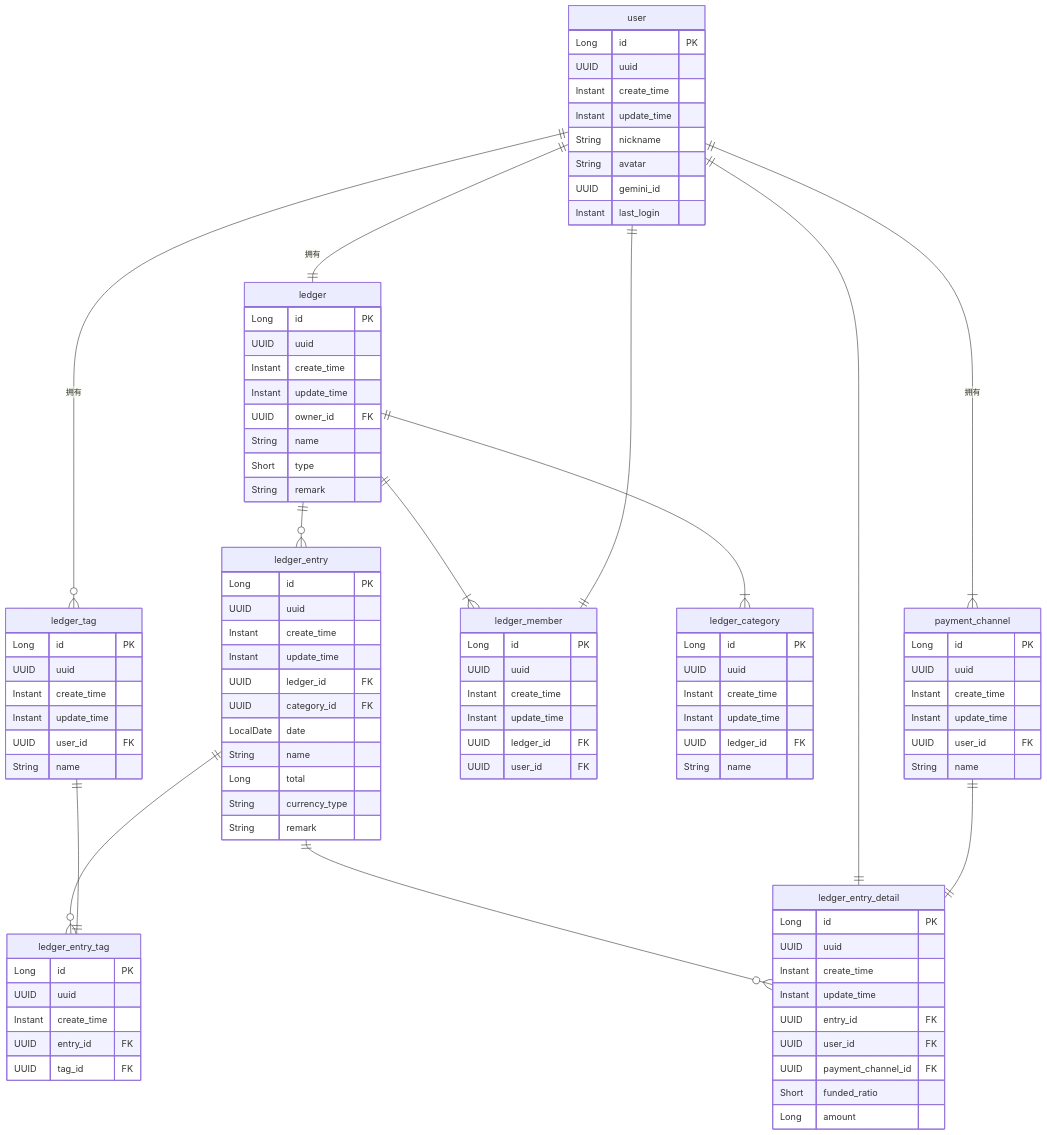
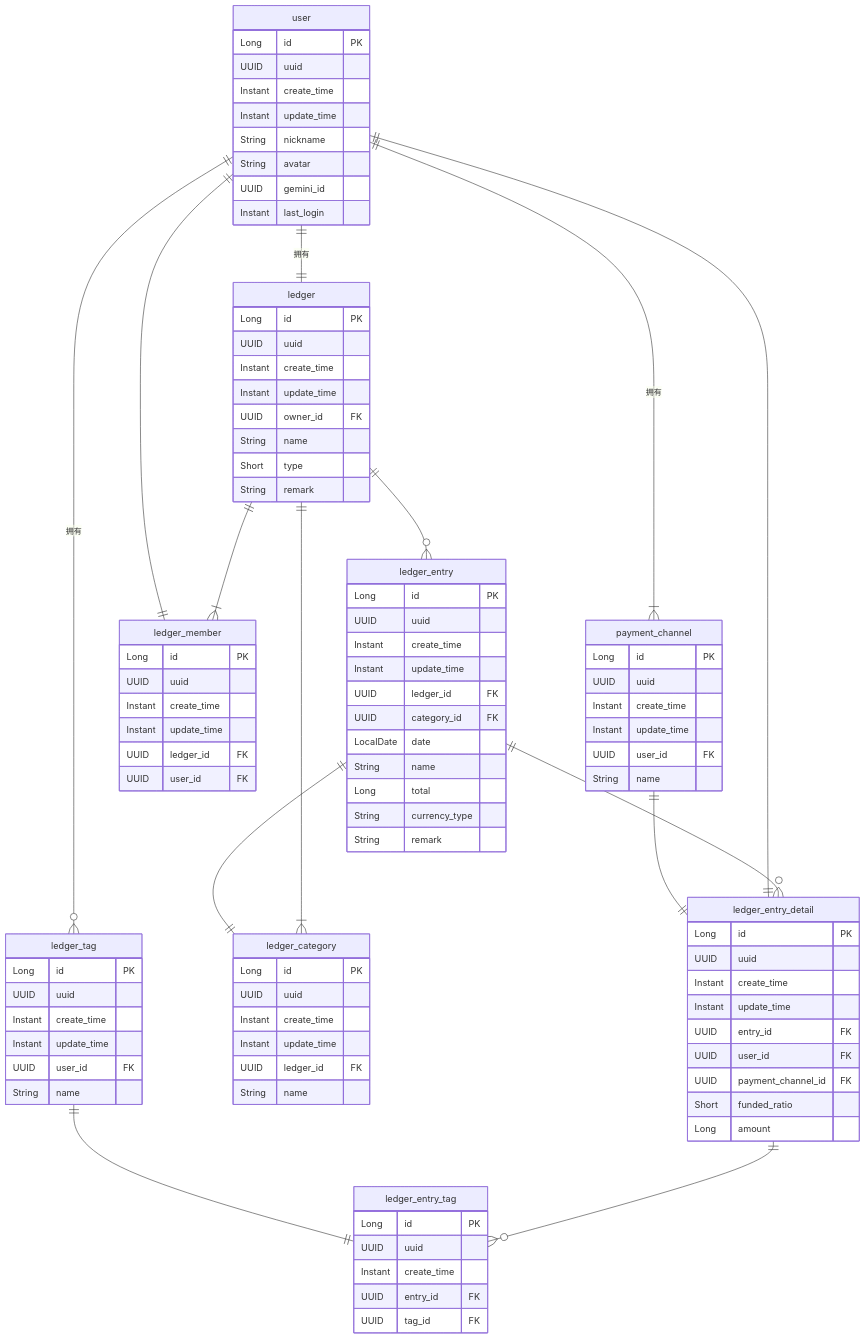
Before and after one commit to kuretru/Libra-Fortune: the diagram in docs/database.md, drawn with Mermaid.

Commit message:
修复(Doc)：条目标签表关联对象错误的问题

````diff
--- a/docs/database.md
+++ b/docs/database.md
@@ -82,6 +82,7 @@
         String remark
     }
     ledger ||--o{ ledger_entry : ""
+    ledger_entry ||--|| ledger_category : ""
 
     ledger_entry_detail {
         Long id PK
@@ -105,6 +106,6 @@
         UUID entry_id FK
         UUID tag_id FK
     }
-    ledger_entry ||--o{ ledger_entry_tag : ""
+    ledger_entry_detail ||--o{ ledger_entry_tag : ""
     ledger_tag ||--|| ledger_entry_tag : ""
 ```
````
